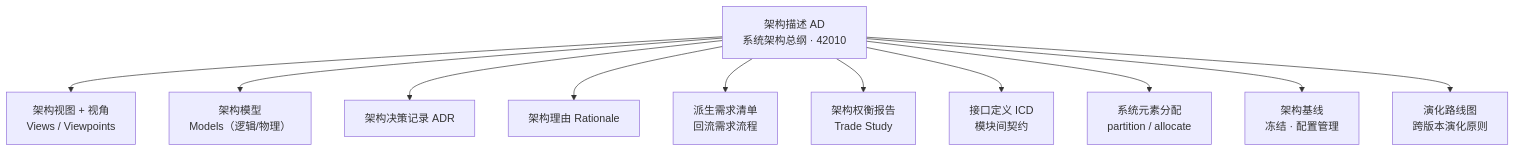
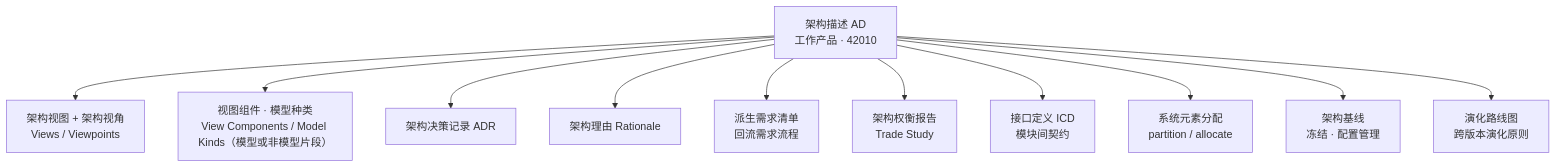
Diagram 11 of 21 in 100-subprojects/01-系统工程研究/00-系统工程相关研究报告/13-工程角色谱系研究报告-从模块工程师到系统架构师.md (Yongjunzhou/AOS-system-design), drawn with Mermaid before and after one commit. The commit also changed other lines of this file and 38 other files, not shown here.

````diff
--- a/100-subprojects/01-系统工程研究/00-系统工程相关研究报告/13-工程角色谱系研究报告-从模块工程师到系统架构师.md
+++ b/100-subprojects/01-系统工程研究/00-系统工程相关研究报告/13-工程角色谱系研究报告-从模块工程师到系统架构师.md
@@ -481,13 +513,13 @@
 ```mermaid
 flowchart TD
-    AD["架构描述 AD<br/>系统架构总纲 · 42010"] --> V1["架构视图 + 视角<br/>Views / Viewpoints"]
-    AD --> V2["架构模型<br/>Models（逻辑/物理）"]
+    AD["架构描述 AD<br/>工作产品 · 42010"] --> V1["架构视图 + 架构视角<br/>Views / Viewpoints"]
+    AD --> V2["视图组件 · 模型种类<br/>View Components / Model Kinds（模型或非模型片段）"]
     AD --> V3["架构决策记录 ADR"]
     AD --> V4["架构理由 Rationale"]
     AD --> V5["派生需求清单<br/>回流需求流程"]
     AD --> V6["架构权衡报告<br/>Trade Study"]
     AD --> V7["接口定义 ICD<br/>模块间契约"]
     AD --> V8["系统元素分配<br/>partition / allocate"]
     AD --> V9["架构基线<br/>冻结 · 配置管理"]
     AD --> V10["演化路线图<br/>跨版本演化原则"]
 ```
````
